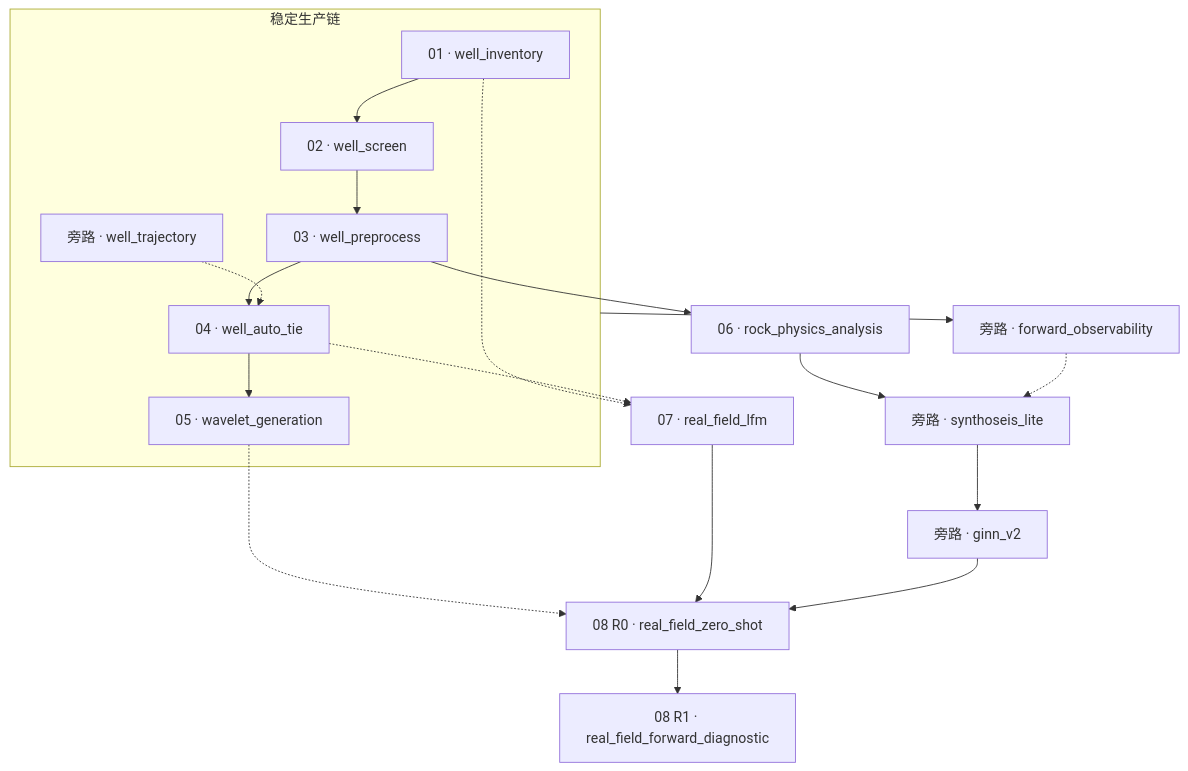
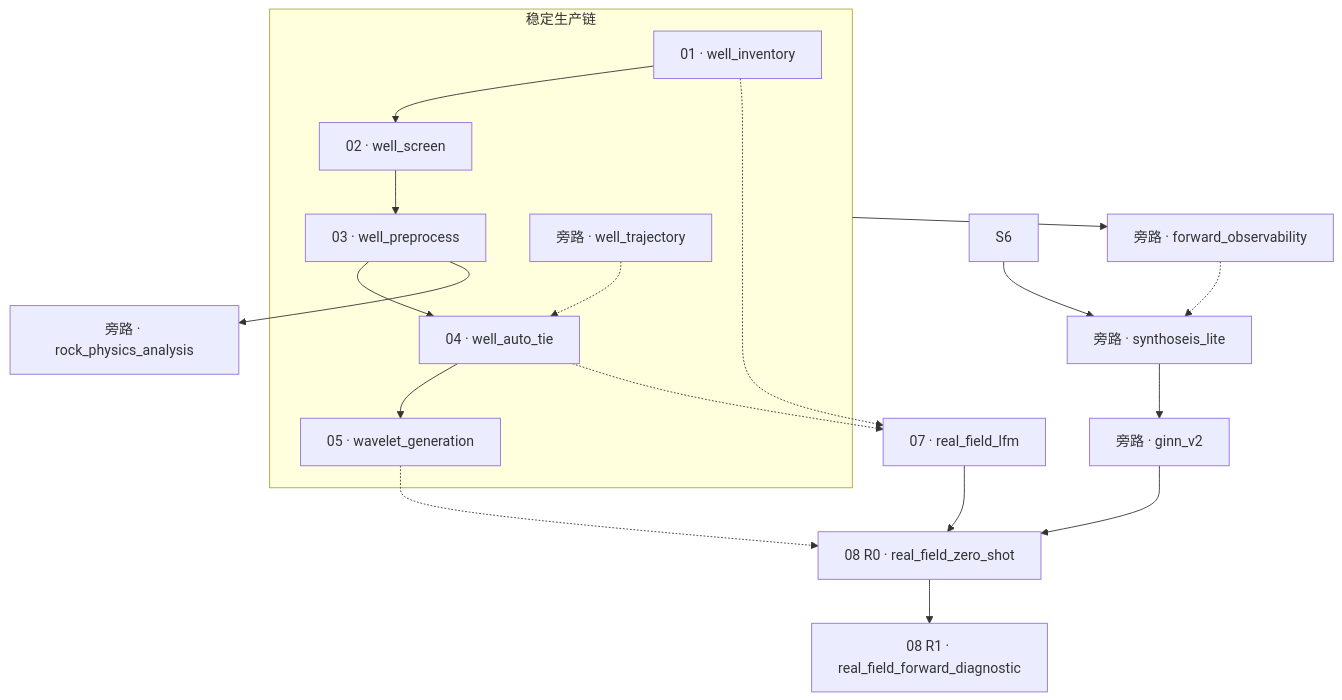
The diagram in docs/index.md (oimero/inversion_workflow), drawn with Mermaid before and after one commit. The commit also changed other lines of this file and 8 other files, not shown here.

````diff
--- a/docs/index.md
+++ b/docs/index.md
@@ -3,23 +3,23 @@
 ```mermaid
 flowchart TB
     subgraph prod["稳定生产链"]
         S1["01 · well_inventory"] --> S2["02 · well_screen"] --> S3["03 · well_preprocess"] --> S4["04 · well_auto_tie"] --> S5["05 · wavelet_generation"]
         WT["旁路 · well_trajectory"] -.-> S4
     end
 
     prod --> FO["旁路 · forward_observability"]
-    S3 --> S6["06 · rock_physics_analysis"]
+    S3 --> RP["旁路 · rock_physics_analysis"]
 
     S1 -.-> S7["07 · real_field_lfm"]
     S4 -.-> S7
 
     S6 --> SL["旁路 · synthoseis_lite"]
     FO -.-> SL
     SL --> GV["旁路 · ginn_v2"]
 
     S5 -.-> R0["08 R0 · real_field_zero_shot"]
     S7 --> R0
     GV --> R0
 
     R0 --> R1["08 R1 · real_field_forward_diagnostic"]
 ```
````
